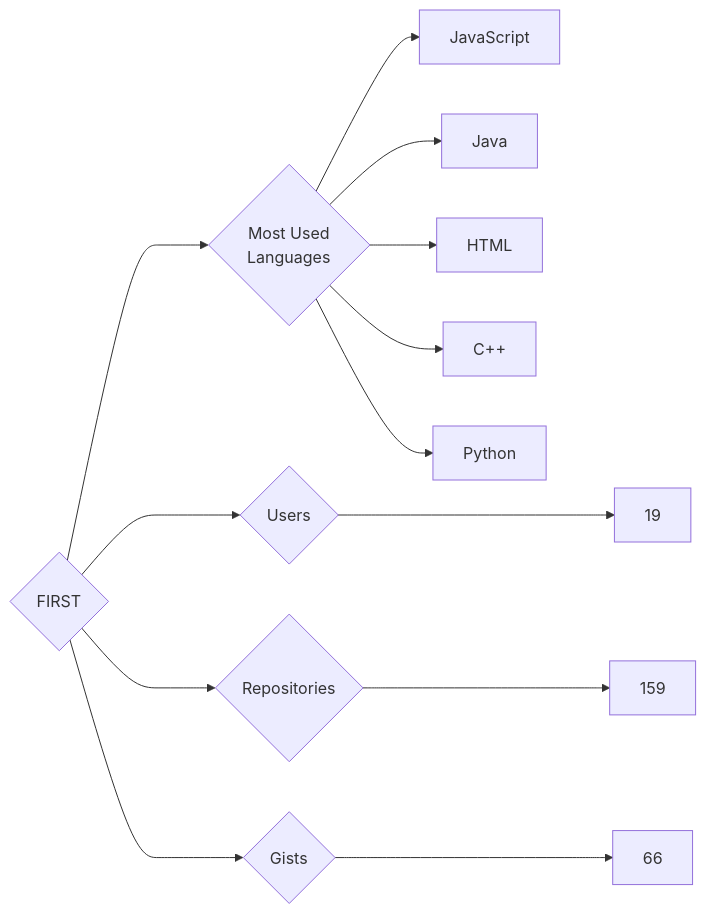
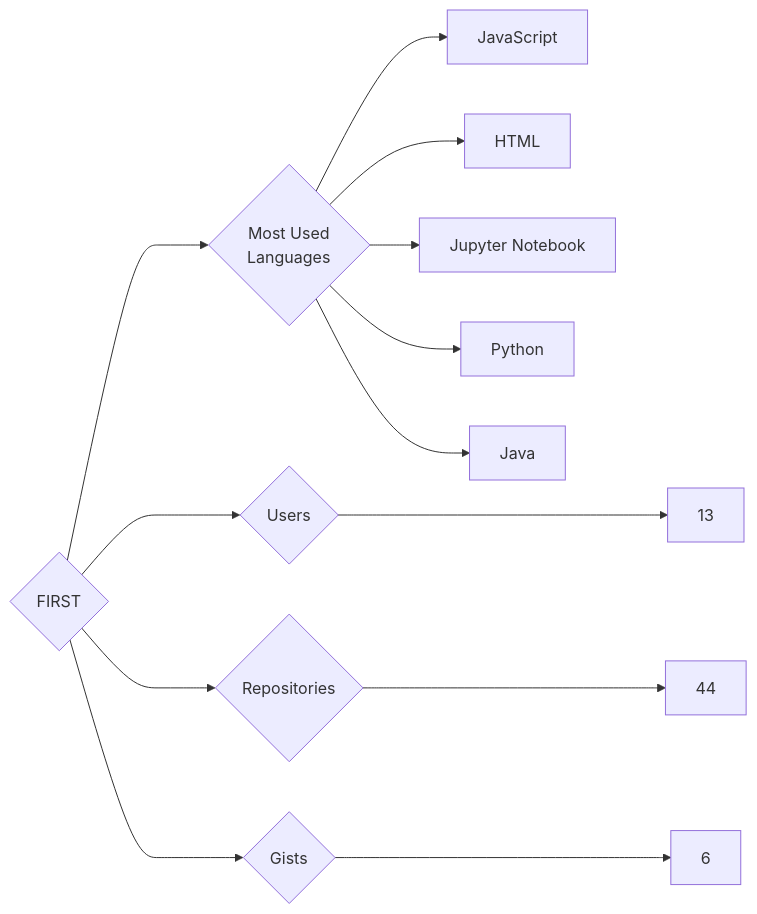
The diagram in targets/FIRST/README.md (trickest/insiders), drawn with Mermaid before and after one commit. The commit also changed 688 other files, not shown here.

````diff
--- a/targets/FIRST/README.md
+++ b/targets/FIRST/README.md
@@ -3,13 +3,13 @@
 ```mermaid
 graph LR
 COMPANY_NAME{FIRST}
-COMPANY_NAME ---> U{Users} ---> UN[19]
-COMPANY_NAME ---> R{Repositories} ---> RN[159]
-COMPANY_NAME ---> G{Gists} ---> GN[66]
+COMPANY_NAME ---> U{Users} ---> UN[13]
+COMPANY_NAME ---> R{Repositories} ---> RN[44]
+COMPANY_NAME ---> G{Gists} ---> GN[6]
 COMPANY_NAME ---> ML{Most Used<br>Languages}
 ML --> JavaScript[JavaScript]
+ML --> HTML[HTML]
+ML --> Jupyter_Notebook[Jupyter Notebook]
+ML --> Python[Python]
 ML --> Java[Java]
-ML --> HTML[HTML]
-ML --> C++[C++]
-ML --> Python[Python]
 ```
````
